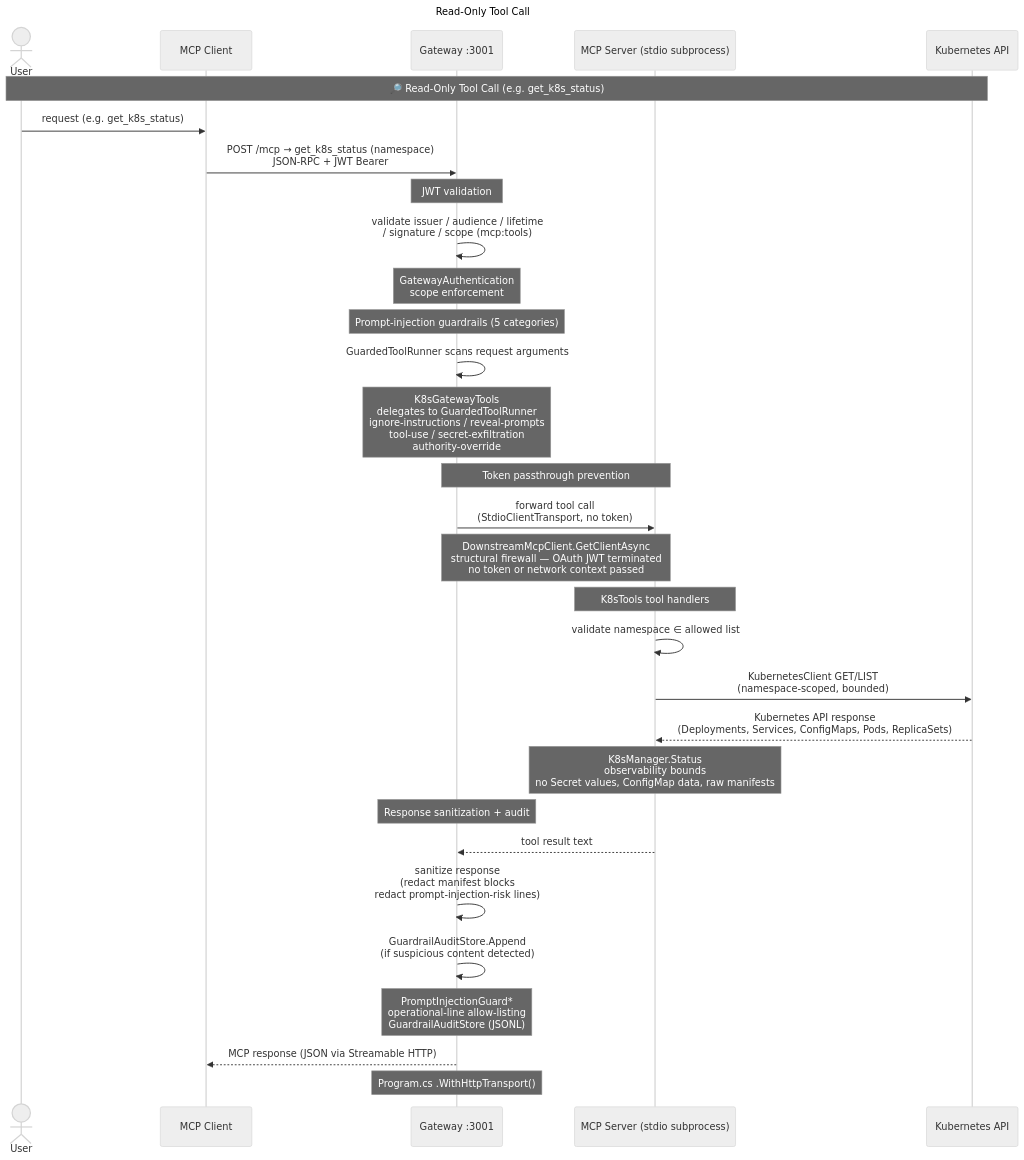
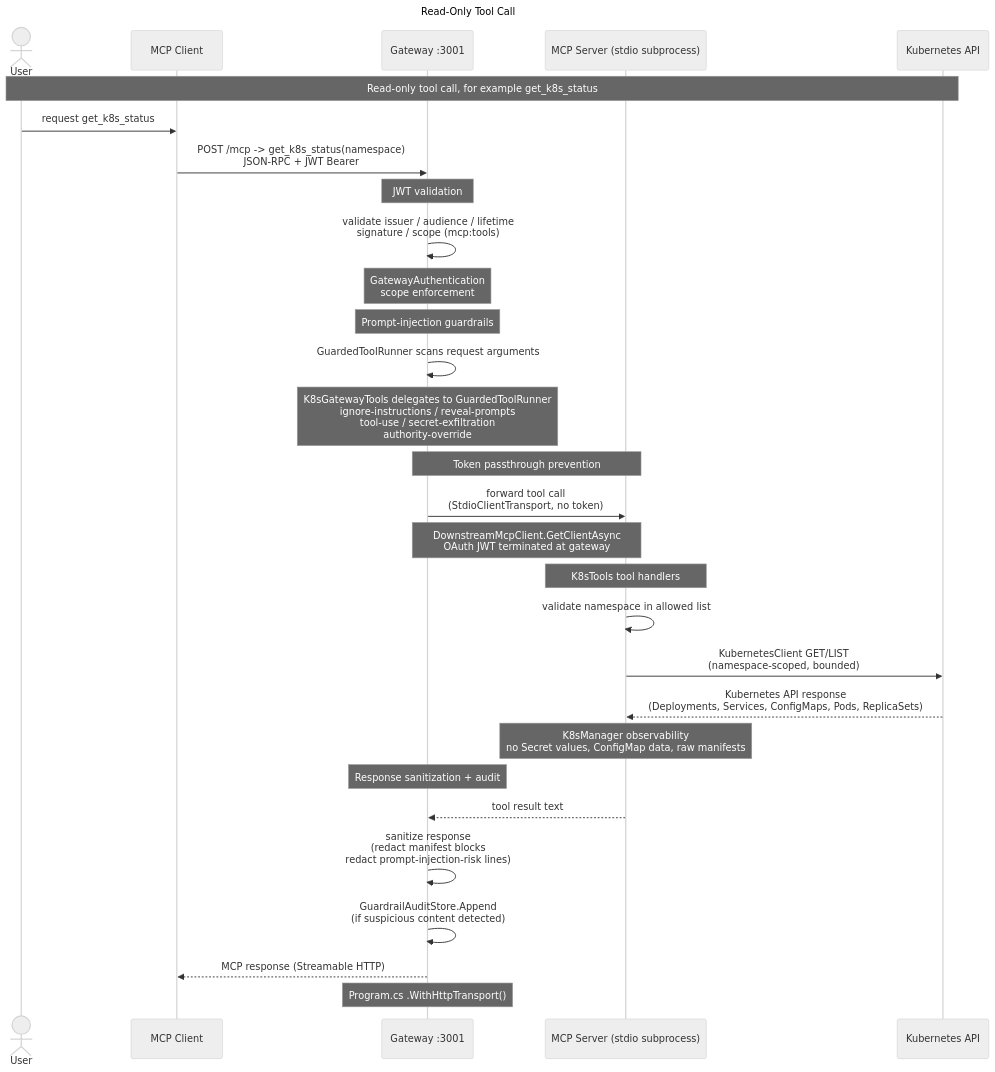
The third of 7 diagrams in docs/architecture.md (mirusser/Kubernetes-MCP-Guard), drawn with Mermaid (neutral theme) before and after one commit. The commit also changed other lines of this file and 1 other file, not shown here.

````diff
--- a/docs/architecture.md
+++ b/docs/architecture.md
@@ -57,43 +127,42 @@
 ```mermaid
 ---
 title: Read-Only Tool Call
 ---
 sequenceDiagram
     actor User
     participant Client as MCP Client
     participant GW as Gateway :3001
     participant Svr as MCP Server (stdio subprocess)
     participant K8s as Kubernetes API
 
-    Note over User,K8s: 🔎 Read-Only Tool Call (e.g. get_k8s_status)
+    Note over User,K8s: Read-only tool call, for example get_k8s_status
 
-    User->>Client: request (e.g. get_k8s_status)
-    Client->>GW: POST /mcp → get_k8s_status (namespace)<br/>JSON-RPC + JWT Bearer
+    User->>Client: request get_k8s_status
+    Client->>GW: POST /mcp -> get_k8s_status(namespace)<br/>JSON-RPC + JWT Bearer
 
     Note over GW: JWT validation
-    GW->>GW: validate issuer / audience / lifetime<br/>/ signature / scope (mcp:tools)
+    GW->>GW: validate issuer / audience / lifetime<br/>signature / scope (mcp:tools)
     Note over GW: GatewayAuthentication<br/>scope enforcement
 
-    Note over GW: Prompt-injection guardrails (5 categories)
+    Note over GW: Prompt-injection guardrails
     GW->>GW: GuardedToolRunner scans request arguments
-    Note over GW: K8sGatewayTools<br/>delegates to GuardedToolRunner<br/>ignore-instructions / reveal-prompts<br/>tool-use / secret-exfiltration<br/>authority-override
+    Note over GW: K8sGatewayTools delegates to GuardedToolRunner<br/>ignore-instructions / reveal-prompts<br/>tool-use / secret-exfiltration<br/>authority-override
 
     Note over GW,Svr: Token passthrough prevention
     GW->>Svr: forward tool call<br/>(StdioClientTransport, no token)
-    Note over GW,Svr: DownstreamMcpClient.GetClientAsync<br/>structural firewall — OAuth JWT terminated<br/>no token or network context passed
+    Note over GW,Svr: DownstreamMcpClient.GetClientAsync<br/>OAuth JWT terminated at gateway
 
     Note over Svr: K8sTools tool handlers
-    Svr->>Svr: validate namespace ∈ allowed list
+    Svr->>Svr: validate namespace in allowed list
     Svr->>K8s: KubernetesClient GET/LIST<br/>(namespace-scoped, bounded)
     K8s-->>Svr: Kubernetes API response<br/>(Deployments, Services, ConfigMaps, Pods, ReplicaSets)
-    Note over Svr: K8sManager.Status<br/>observability bounds<br/>no Secret values, ConfigMap data, raw manifests
+    Note over Svr: K8sManager observability<br/>no Secret values, ConfigMap data, raw manifests
 
     Note over GW: Response sanitization + audit
     Svr-->>GW: tool result text
     GW->>GW: sanitize response<br/>(redact manifest blocks<br/>redact prompt-injection-risk lines)
     GW->>GW: GuardrailAuditStore.Append<br/>(if suspicious content detected)
-    Note over GW: PromptInjectionGuard*<br/>operational-line allow-listing<br/>GuardrailAuditStore (JSONL)
 
-    GW-->>Client: MCP response (JSON via Streamable HTTP)
+    GW-->>Client: MCP response (Streamable HTTP)
     Note over GW: Program.cs .WithHttpTransport()
 ```
````
